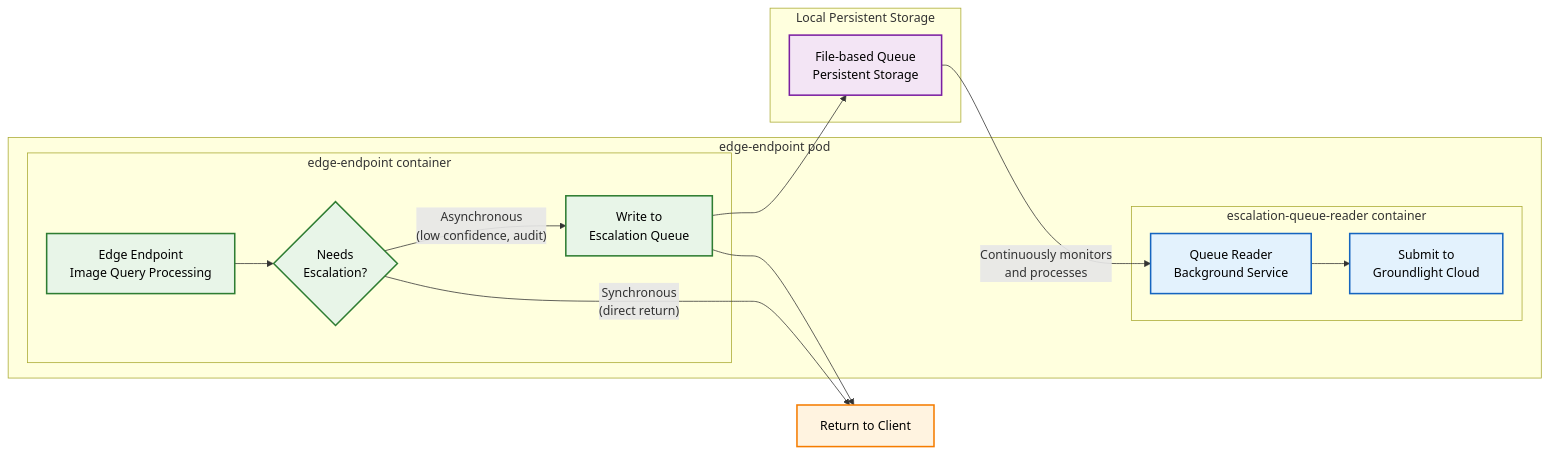
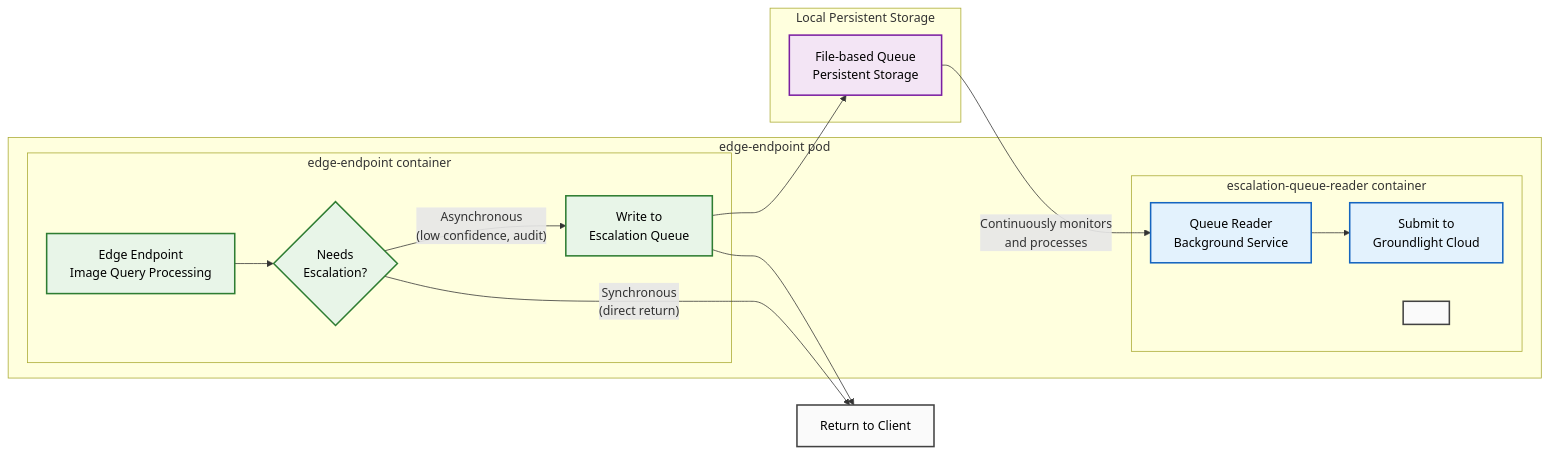
One commit to groundlight/edge-endpoint changed the diagram in ESCALATION-QUEUE.md. Above: the diagram before and after it, drawn with Mermaid.

Commit message:
formatting tweaks

````diff
--- a/ESCALATION-QUEUE.md
+++ b/ESCALATION-QUEUE.md
@@ -11,41 +11,42 @@
 ```mermaid
 flowchart LR
     subgraph "edge-endpoint pod"
         subgraph "edge-endpoint container"
             EDGE[Edge Endpoint<br/>Image Query Processing]
             DECISION{Needs<br/>Escalation?}
             QUEUE_WRITE[Write to<br/>Escalation Queue]
         end
         
         subgraph "escalation-queue-reader container"
             QUEUE_READ[Queue Reader<br/>Background Service]
             CLOUD_SUBMIT[Submit to<br/>Groundlight Cloud]
+            SPACING[ ]
         end
     end
     
     subgraph "Local Persistent Storage"
         QUEUE[File-based Queue<br/>Persistent Storage]
     end
     
     %% Main Flow
     EDGE --> DECISION
     DECISION -->|"Asynchronous<br/>(low confidence, audit)"| QUEUE_WRITE
     DECISION -->|"Synchronous<br/>(direct return)"| RESPONSE[Return to Client]
     QUEUE_WRITE --> QUEUE
     QUEUE_WRITE --> RESPONSE
     
     %% Background Flow
     QUEUE --> |Continuously monitors<br/>and processes| QUEUE_READ
     QUEUE_READ --> CLOUD_SUBMIT
     
     %% Styling with darker text
     classDef main fill:#e8f5e8,stroke:#2e7d32,stroke-width:2px,color:#000000
     classDef storage fill:#f3e5f5,stroke:#7b1fa2,stroke-width:2px,color:#000000
     classDef background fill:#e3f2fd,stroke:#1565c0,stroke-width:2px,color:#000000
-    classDef response fill:#fff3e0,stroke:#f57c00,stroke-width:2px,color:#000000
+    classDef response fill:#fafafa,stroke:#424242,stroke-width:2px,color:#000000
     
     class EDGE,DECISION,QUEUE_WRITE main
     class QUEUE storage
     class QUEUE_READ,CLOUD_SUBMIT background
-    class RESPONSE response
+    class RESPONSE,SPACING response
 ```
````
